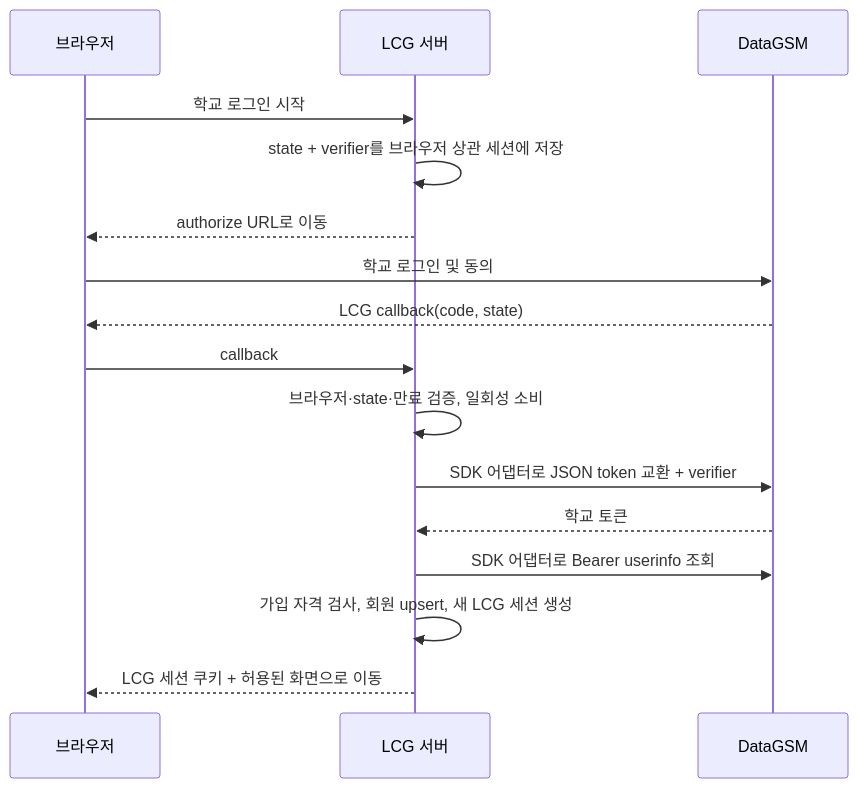
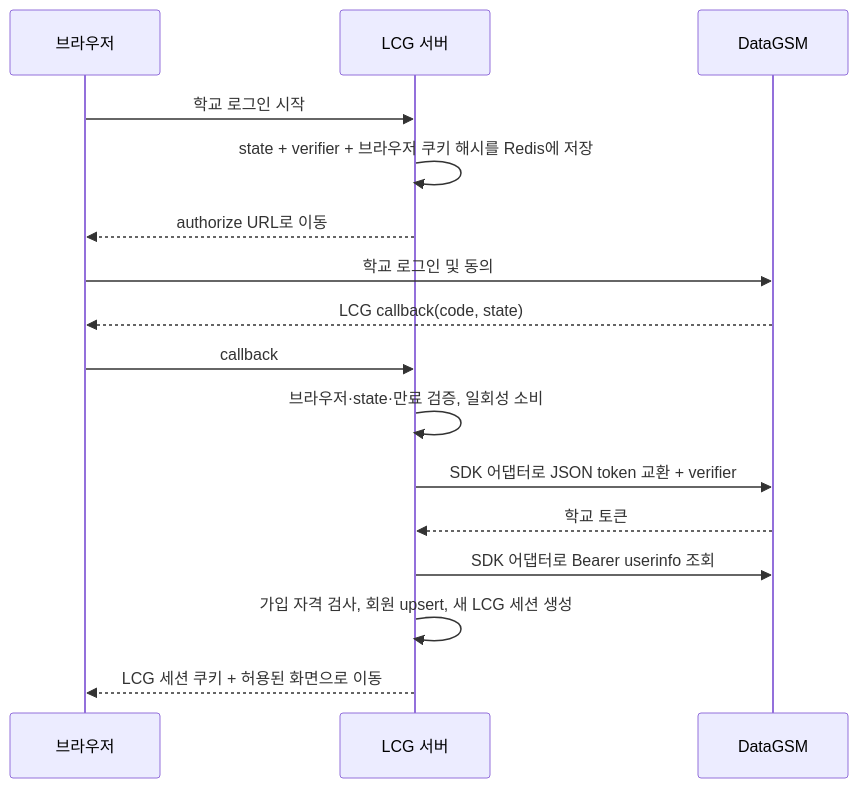
One commit to Team-Gamism/lcg-server changed the diagram in todo/02-auth-users.md. Above: the diagram before and after it, drawn with Mermaid. The commit also changed other lines of this file and 5 other files, not shown here.

````diff
--- a/todo/02-auth-users.md
+++ b/todo/02-auth-users.md
@@ -43,18 +43,18 @@
 ```mermaid
 sequenceDiagram
     participant B as 브라우저
     participant L as LCG 서버
     participant D as DataGSM
     B->>L: 학교 로그인 시작
-    L->>L: state + verifier를 브라우저 상관 세션에 저장
+    L->>L: state + verifier + 브라우저 쿠키 해시를 Redis에 저장
     L-->>B: authorize URL로 이동
     B->>D: 학교 로그인 및 동의
     D-->>B: LCG callback(code, state)
     B->>L: callback
     L->>L: 브라우저·state·만료 검증, 일회성 소비
     L->>D: SDK 어댑터로 JSON token 교환 + verifier
     D-->>L: 학교 토큰
     L->>D: SDK 어댑터로 Bearer userinfo 조회
     L->>L: 가입 자격 검사, 회원 upsert, 새 LCG 세션 생성
     L-->>B: LCG 세션 쿠키 + 허용된 화면으로 이동
 ```
````
